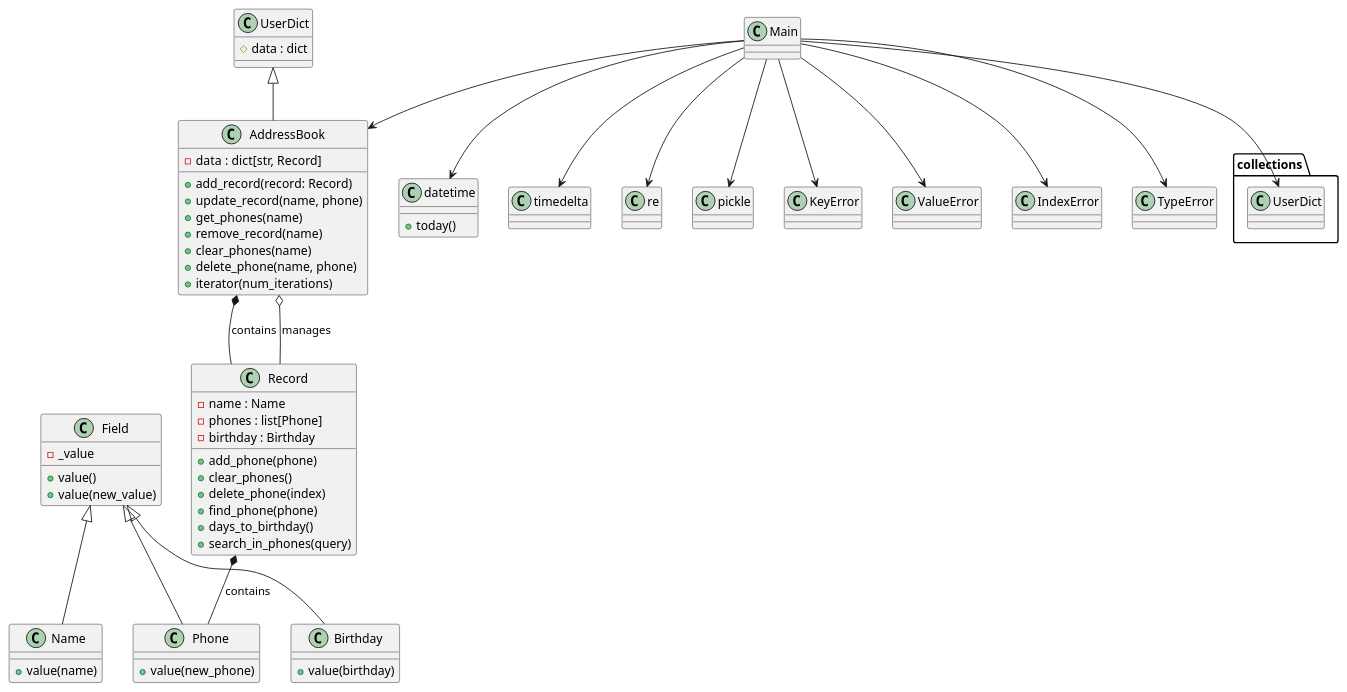
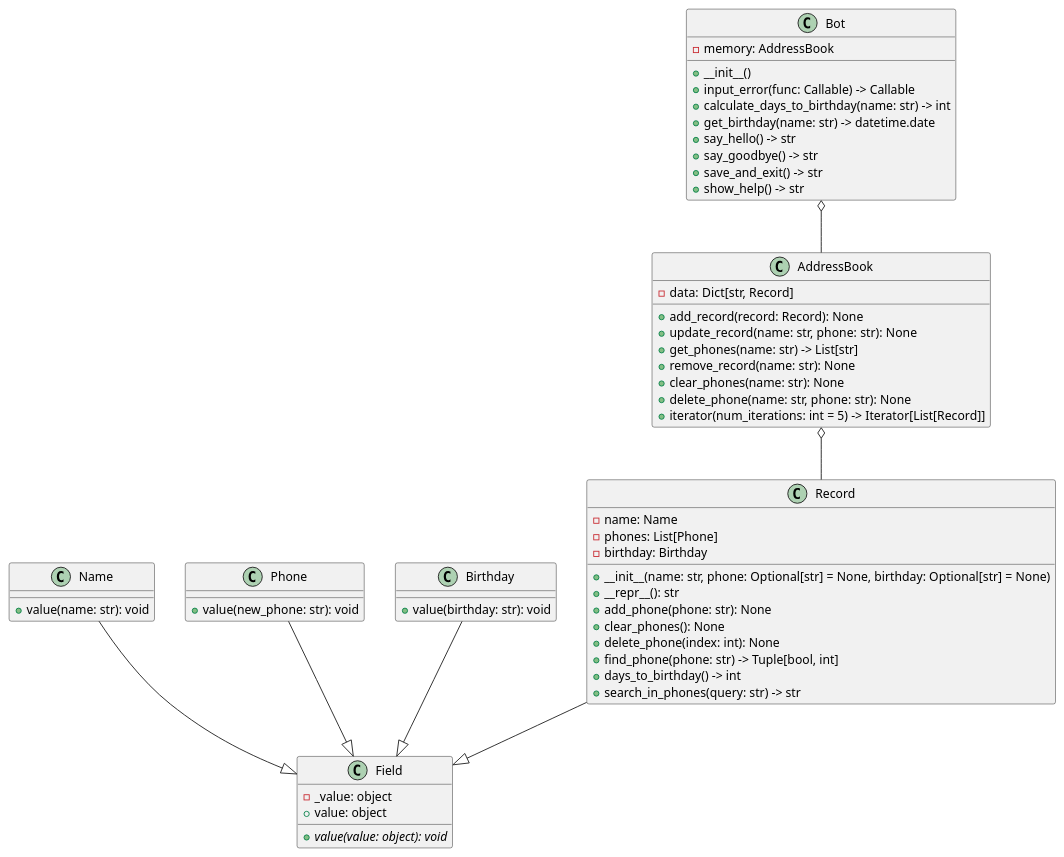
Before and after one commit to vladvulcan/Go-IT-DZ: the diagram in Python web 2.0/Module 1/UML1.wsd, drawn with PlantUML. The commit also changed 2 other files, not shown here.

Commit message:
updated uml diagram

```diff
--- a/Python web 2.0/Module 1/UML1.wsd
+++ b/Python web 2.0/Module 1/UML1.wsd
@@ -1,90 +1,65 @@
-@startuml UML1
+@startuml
 
 class Field {
-  - _value
-  + value()
-  + value(new_value)
+    -_value: object
+    +value: object
+    {abstract} +value(value: object): void
 }
 
 class Name {
-  + value(name)
+    +value(name: str): void
 }
 
 class Phone {
-  + value(new_phone)
+    +value(new_phone: str): void
 }
 
 class Birthday {
-  + value(birthday)
+    +value(birthday: str): void
 }
 
 class Record {
-  - name : Name
-  - phones : list[Phone]
-  - birthday : Birthday
-  + add_phone(phone)
-  + clear_phones()
-  + delete_phone(index)
-  + find_phone(phone)
-  + days_to_birthday()
-  + search_in_phones(query)
+    -name: Name
+    -phones: List[Phone]
+    -birthday: Birthday
+    +__init__(name: str, phone: Optional[str] = None, birthday: Optional[str] = None)
+    +__repr__(): str
+    +add_phone(phone: str): None
+    +clear_phones(): None
+    +delete_phone(index: int): None
+    +find_phone(phone: str) -> Tuple[bool, int]
+    +days_to_birthday() -> int
+    +search_in_phones(query: str) -> str
 }
 
 class AddressBook {
-  - data : dict[str, Record]
-  + add_record(record: Record)
-  + update_record(name, phone)
-  + get_phones(name)
-  + remove_record(name)
-  + clear_phones(name)
-  + delete_phone(name, phone)
-  + iterator(num_iterations)
+    -data: Dict[str, Record]
+    +add_record(record: Record): None
+    +update_record(name: str, phone: str): None
+    +get_phones(name: str) -> List[str]
+    +remove_record(name: str): None
+    +clear_phones(name: str): None
+    +delete_phone(name: str, phone: str): None
+    +iterator(num_iterations: int = 5) -> Iterator[List[Record]]
 }
 
-class UserDict {
-  # data : dict
+class Bot {
+    -memory: AddressBook
+    +__init__()
+    +input_error(func: Callable) -> Callable
+    +calculate_days_to_birthday(name: str) -> int
+    +get_birthday(name: str) -> datetime.date
+    +say_hello() -> str
+    +say_goodbye() -> str
+    +save_and_exit() -> str
+    +show_help() -> str
 }
 
-class datetime {
-  + today()
-}
-
-class timedelta {}
-
-class re {}
-
-class pickle {}
-
-class KeyError {}
-
-class ValueError {}
-
-class IndexError {}
-
-class TypeError {}
-
-class collections.UserDict {}
-
-Field <|-- Name
-Field <|-- Phone
-Field <|-- Birthday
-
-Record *-- Phone : contains
-AddressBook *-- Record : contains
-
-UserDict <|-- AddressBook
-
-AddressBook o-- Record : manages
-
-Main --> AddressBook
-Main --> datetime
-Main --> timedelta
-Main --> re
-Main --> pickle
-Main --> KeyError
-Main --> ValueError
-Main --> IndexError
-Main --> TypeError
-Main --> collections.UserDict
+Bot o-- AddressBook
+AddressBook o-- Record
+Record --|> Field
+Name --|> Field
+Phone --|> Field
+Birthday --|> Field
 
 @enduml
```
